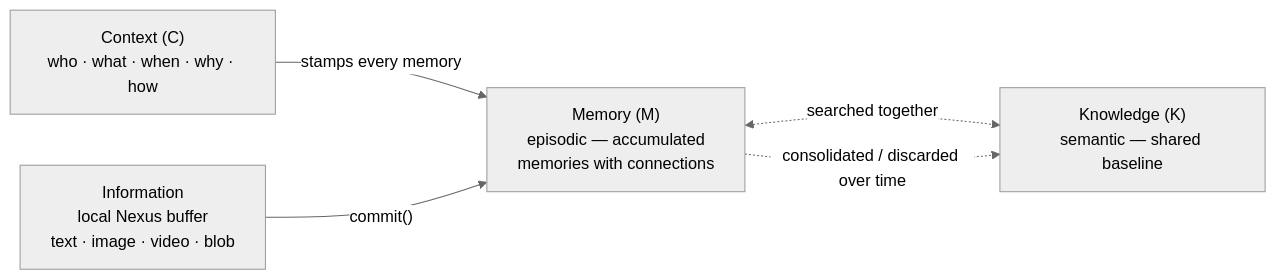
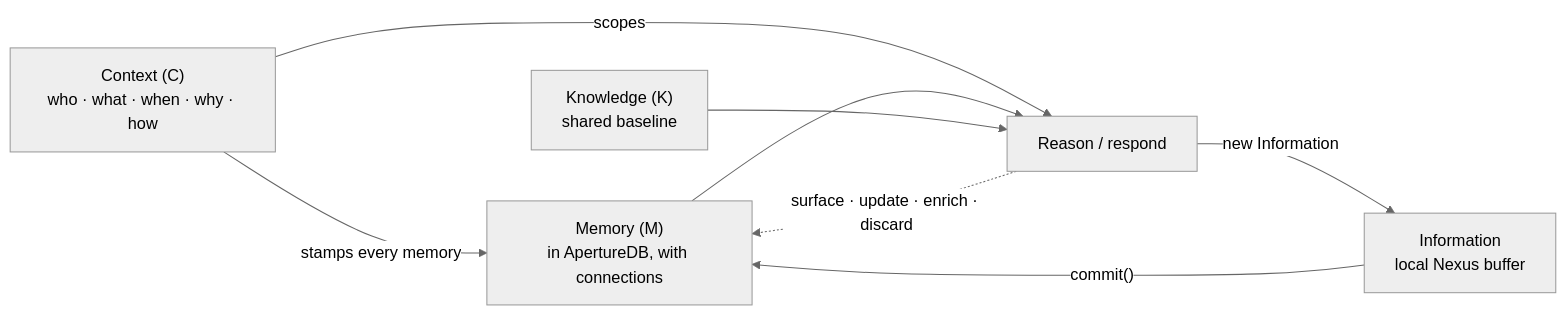
The diagram in docs/README.md (aperture-data/aperture-nexus), drawn with Mermaid (neutral theme) before and after one commit. The commit also changed other lines of this file and 2 other files, not shown here.

First line of the commit message:
Reframe docs around KMC loop; enrich cognition definition

````diff
--- a/docs/README.md
+++ b/docs/README.md
@@ -31,12 +35,16 @@
 ```mermaid
 flowchart LR
-    I["Information\nlocal Nexus buffer\ntext · image · video · blob"]
     C["Context (C)\nwho · what · when · why · how"]
-    M["Memory (M)\nepisodic — accumulated\nmemories with connections"]
-    K["Knowledge (K)\nsemantic — shared baseline"]
+    I["Information\nlocal Nexus buffer"]
+    M["Memory (M)\nin ApertureDB, with connections"]
+    K["Knowledge (K)\nshared baseline"]
+    R["Reason / respond"]
 
+    I -->|"commit()"| M
     C -->|"stamps every memory"| M
-    I -->|"commit()"| M
-    M <-.->|"searched together"| K
-    M -.->|"consolidated / discarded over time"| K
+    C -->|"scopes"| R
+    M --> R
+    K --> R
+    R -->|"new Information"| I
+    R -.->|"surface · update · enrich · discard"| M
 ```
````
